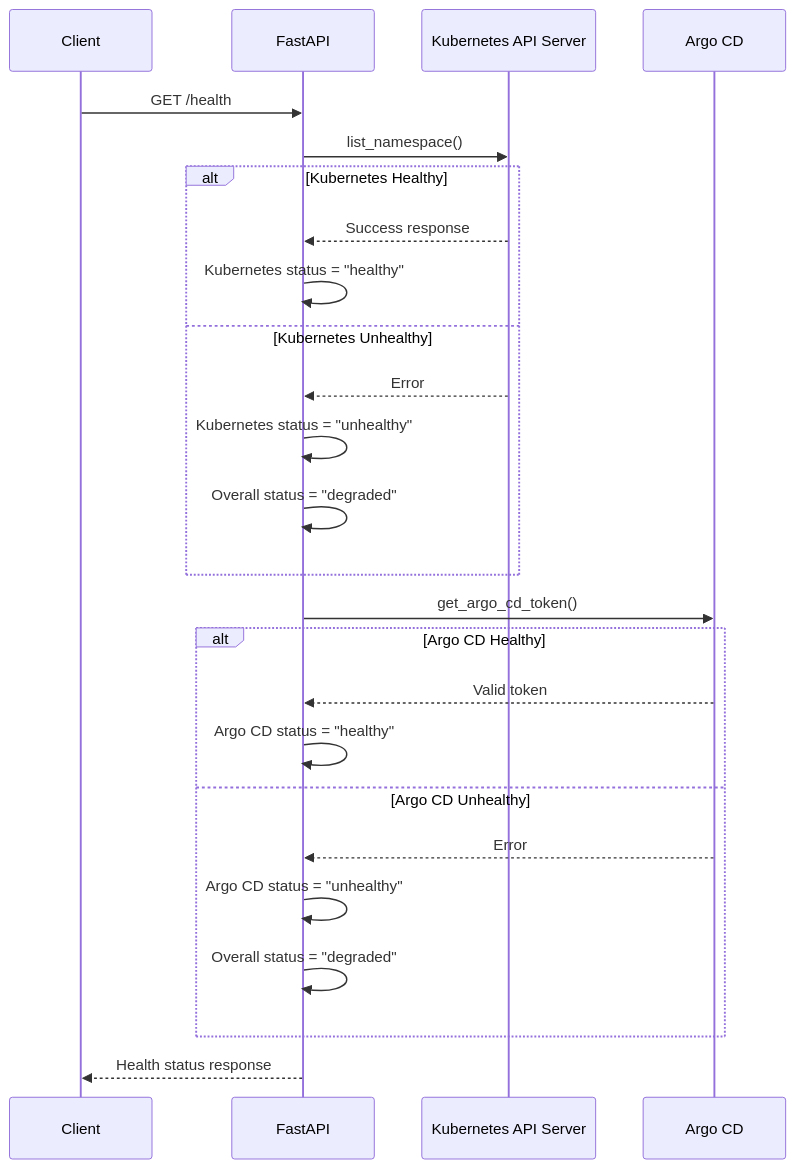
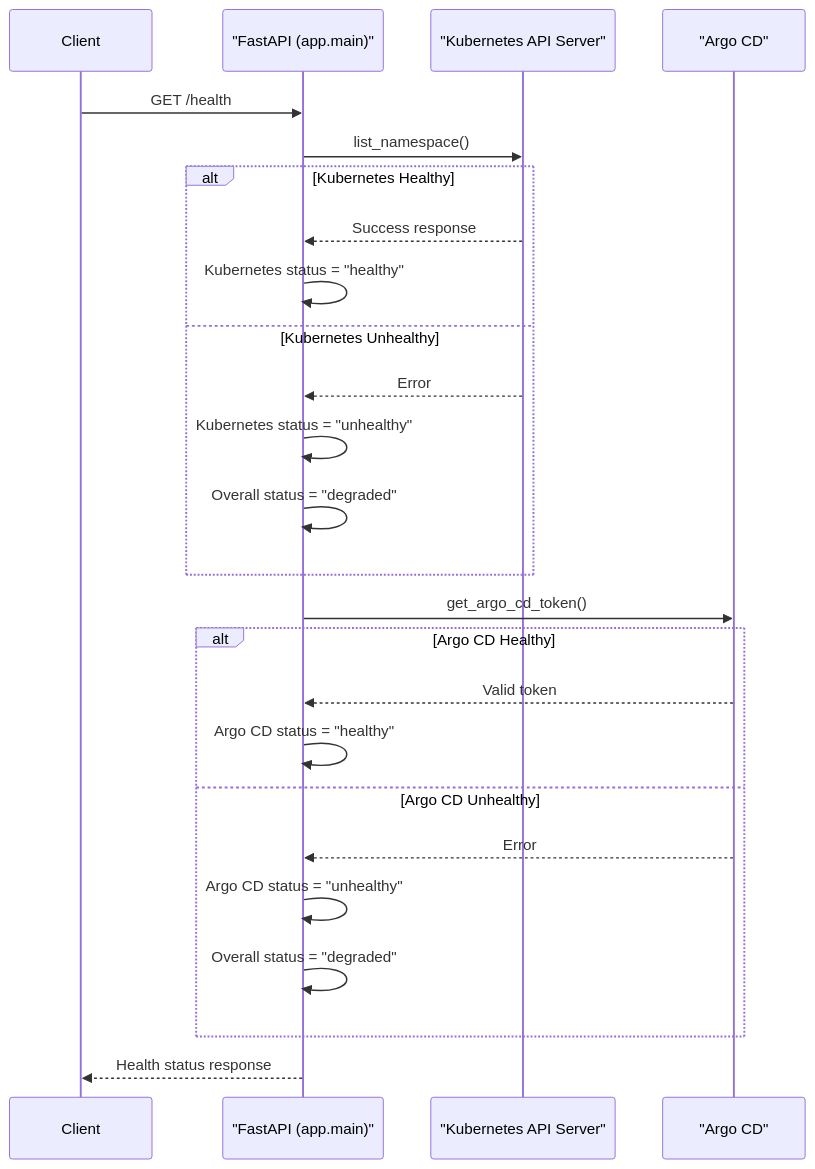
The seventh of 11 diagrams in README.md (lloydchang/tvp-k8s), drawn with Mermaid before and after one commit. The commit also changed other lines of this file and 7 other files, not shown here.

````diff
--- a/README.md
+++ b/README.md
@@ -602,31 +608,31 @@
 ```mermaid
 sequenceDiagram
     participant Client
-    participant FastAPI
-    participant Kubernetes as Kubernetes API Server
-    participant ArgoCD as Argo CD
+    participant FastAPI as "FastAPI (app.main)"
+    participant Kubernetes as "Kubernetes API Server"
+    participant ArgoCD as "Argo CD"
     
     Client->>FastAPI: GET /health
     
     FastAPI->>Kubernetes: list_namespace()
     alt Kubernetes Healthy
         Kubernetes-->>FastAPI: Success response
         FastAPI->>FastAPI: Kubernetes status = "healthy"
     else Kubernetes Unhealthy
         Kubernetes-->>FastAPI: Error
         FastAPI->>FastAPI: Kubernetes status = "unhealthy"
         FastAPI->>FastAPI: Overall status = "degraded"
     end
     
     FastAPI->>ArgoCD: get_argo_cd_token()
     alt Argo CD Healthy
         ArgoCD-->>FastAPI: Valid token
         FastAPI->>FastAPI: Argo CD status = "healthy"
     else Argo CD Unhealthy
         ArgoCD-->>FastAPI: Error
         FastAPI->>FastAPI: Argo CD status = "unhealthy"
         FastAPI->>FastAPI: Overall status = "degraded"
     end
     
     FastAPI-->>Client: Health status response
 ```
````
